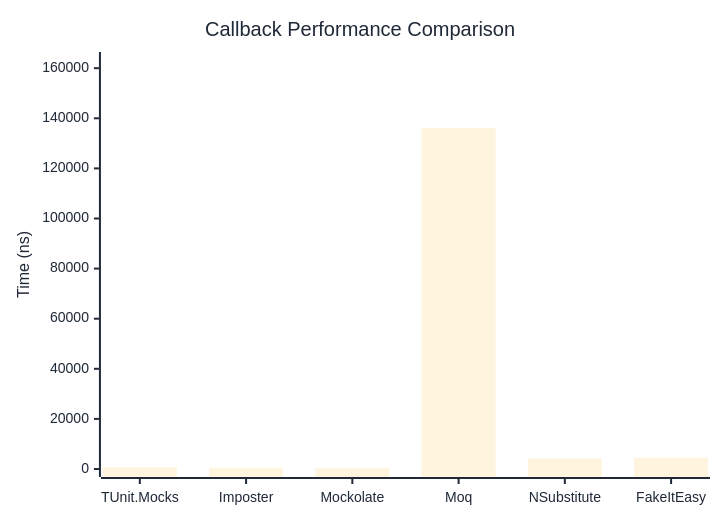
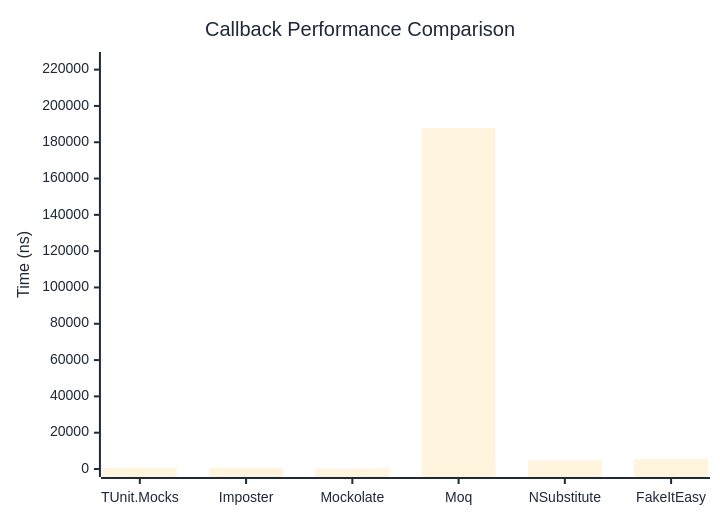
Before and after one commit to thomhurst/TUnit: the first of 2 diagrams in docs/docs/benchmarks/mocks/Callback.md, drawn with Mermaid. The commit also changed other lines of this file and 14 other files, not shown here.

````diff
--- a/docs/docs/benchmarks/mocks/Callback.md
+++ b/docs/docs/benchmarks/mocks/Callback.md
@@ -30,27 +30,27 @@
 ```mermaid
 %%{init: {
   'theme':'base',
   'themeVariables': {
     'primaryColor': '#2563eb',
     'primaryTextColor': '#1f2937',
     'primaryBorderColor': '#1e40af',
     'lineColor': '#6b7280',
     'secondaryColor': '#7c3aed',
     'tertiaryColor': '#dc2626',
     'background': '#ffffff',
     'pie1': '#2563eb',
     'pie2': '#7c3aed',
     'pie3': '#dc2626',
     'pie4': '#f59e0b',
     'pie5': '#10b981',
     'pie6': '#06b6d4',
     'pie7': '#ec4899',
     'pie8': '#6366f1'
   }
 }}%%
 xychart-beta
   title "Callback Performance Comparison"
   x-axis ["TUnit.Mocks", "Imposter", "Mockolate", "Moq", "NSubstitute", "FakeItEasy"]
-  y-axis "Time (ns)" 0 --> 163272
-  bar [673.6, 462, 336.4, 136059.2, 4227, 4509]
+  y-axis "Time (ns)" 0 --> 225300
+  bar [705.9, 495, 374.5, 187749.2, 4849.4, 5577.3]
 ```
````
